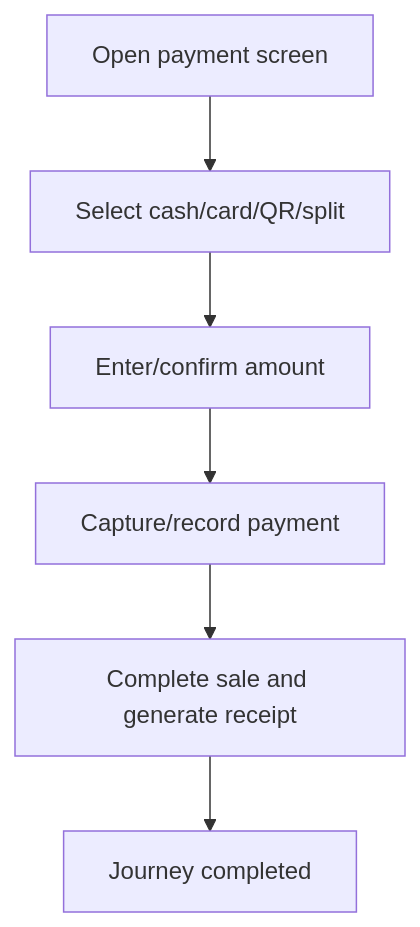
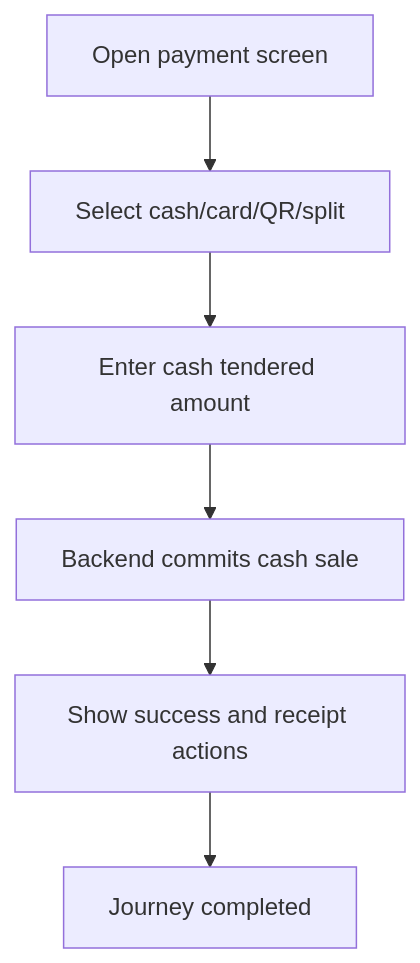
The diagram in 03_USER_JOURNEYS/Cashier/07_Payment_Flow.md (unicomproject/Pos-system-Knowledge), drawn with Mermaid before and after one commit. The commit also changed other lines of this file and 56 other files, not shown here.

````diff
--- a/03_USER_JOURNEYS/Cashier/07_Payment_Flow.md
+++ b/03_USER_JOURNEYS/Cashier/07_Payment_Flow.md
@@ -46,9 +46,9 @@
 ```mermaid
 flowchart TD
     S1[Open payment screen]
     S1 --> S2[Select cash/card/QR/split]
-    S2 --> S3[Enter/confirm amount]
-    S3 --> S4[Capture/record payment]
-    S4 --> S5[Complete sale and generate receipt]
+    S2 --> S3[Enter cash tendered amount]
+    S3 --> S4[Backend commits cash sale]
+    S4 --> S5[Show success and receipt actions]
     S5 --> Done[Journey completed]
 ```
````
